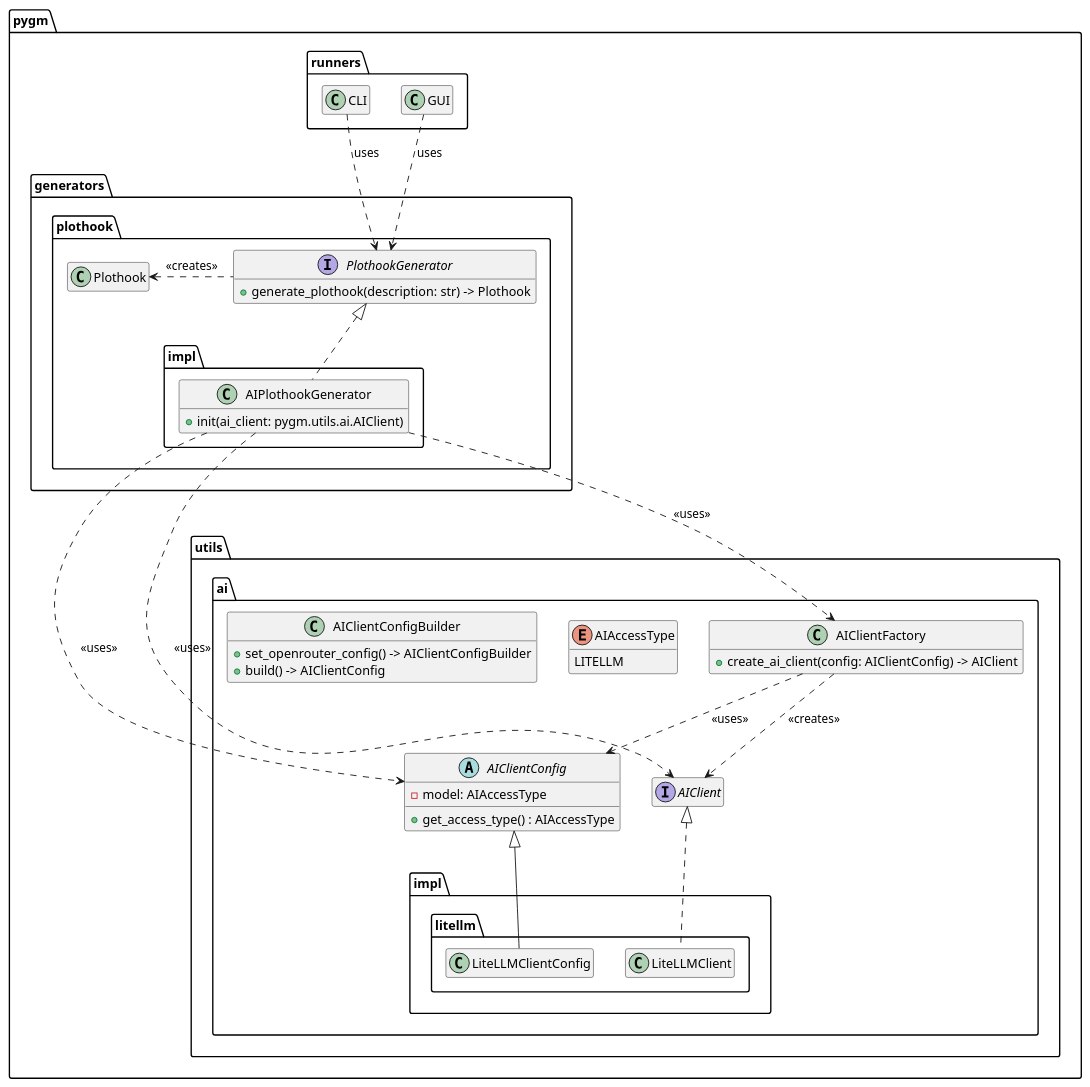
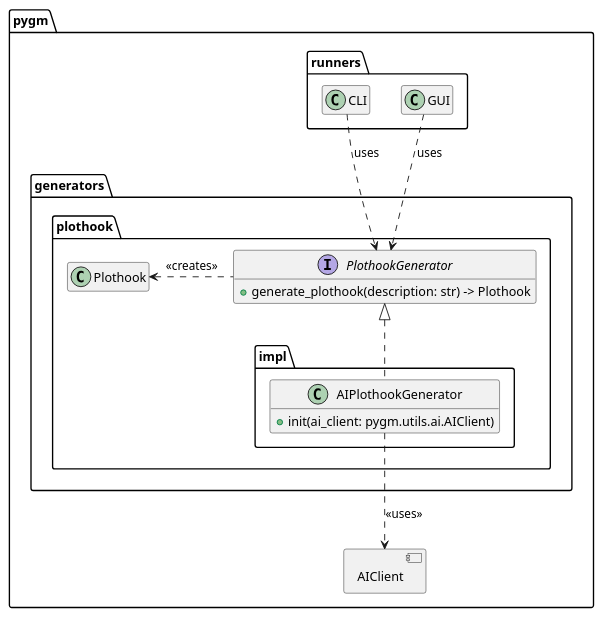
The first of 4 diagrams in docs/architecture.md (Piawanegawa/pygm), drawn with PlantUML before and after one commit. The commit also changed other lines of this file and 25 other files, not shown here.

````diff
--- a/docs/architecture.md
+++ b/docs/architecture.md
@@ -5,66 +5,33 @@
 ```plantuml
 hide empty members
+allow_mixing
 
 package "pygm" {
   package "generators" {
     package plothook {        
         interface PlothookGenerator {
             +generate_plothook(description: str) -> Plothook
         }        
         package impl {
             class AIPlothookGenerator {
                 +init(ai_client: pygm.utils.ai.AIClient)
             }
         }
         class Plothook {
         
         }
         AIPlothookGenerator .u.|> PlothookGenerator
         PlothookGenerator .l.> Plothook : <<creates>>
-        AIPlothookGenerator ..> pygm.utils.ai.AIClient : <<uses>>
-        AIPlothookGenerator ..> pygm.utils.ai.AIClientConfig : <<uses>>
-        AIPlothookGenerator ..> pygm.utils.ai.AIClientFactory : <<uses>>
     }    
   }
   package runners {
     class CLI
     class GUI
-  }
-  package utils {
-    package ai {
-        interface AIClient
-        abstract AIClientConfig {
-            -model: AIAccessType
-            +get_access_type() : AIAccessType
-        }
-        enum AIAccessType {
-            LITELLM
-        }
-        class AIClientFactory {
-            +create_ai_client(config: AIClientConfig) -> AIClient
-        }
-        class AIClientConfigBuilder {
-            +set_openrouter_config() -> AIClientConfigBuilder
-            +build() -> AIClientConfig
-        }
-        package impl {
-            package litellm {
-                class LiteLLMClient {
-                
-                }
-                class LiteLLMClientConfig {
-                
-                }
-            }
-        }        
-        LiteLLMClient .u.|> AIClient
-        LiteLLMClientConfig -u-|> AIClientConfig
-        AIClientFactory ..> AIClientConfig : <<uses>>
-        AIClientFactory ..> AIClient : <<creates>>
-    }
-  }
+  }  
+  component AIClient
   
+  AIPlothookGenerator ..> AIClient : <<uses>>
   CLI ..> PlothookGenerator : uses
   GUI ..> PlothookGenerator : uses  
 }
 ```
````
